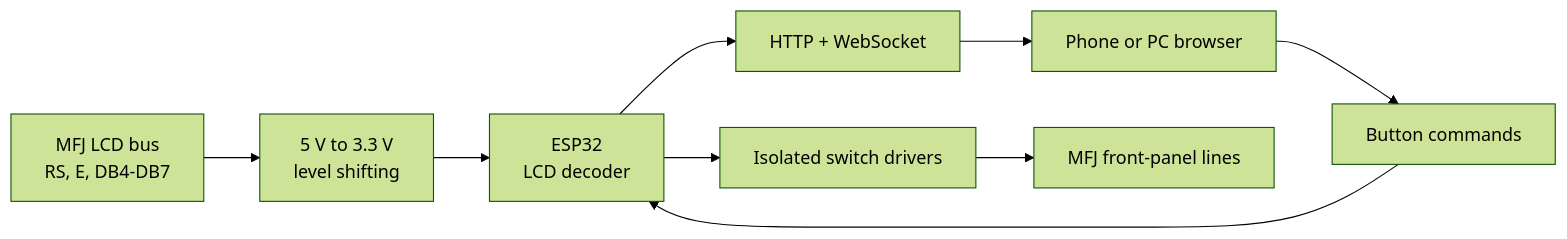
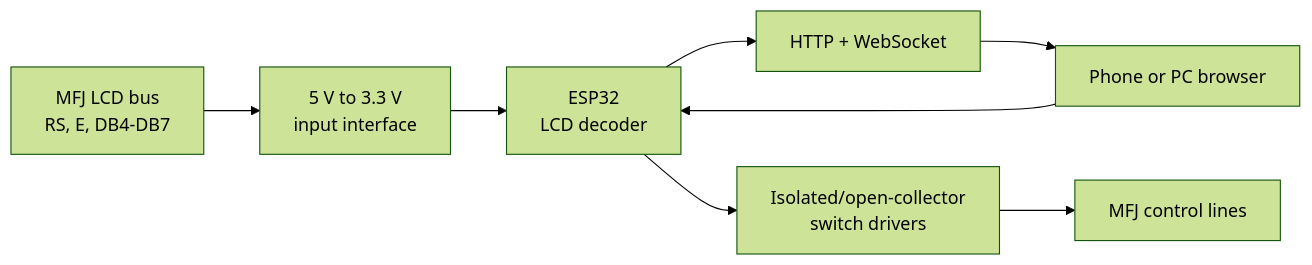
One commit to Balaganoff/MFJ-993B-Remote-Control changed the diagram in README.md. Above: the diagram before and after it, drawn with Mermaid (forest theme). The commit also changed other lines of this file and 7 other files, not shown here.

````diff
--- a/README.md
+++ b/README.md
@@ -22,7 +26,7 @@
 ```mermaid
 flowchart LR
-    LCD["MFJ LCD bus<br>RS, E, DB4-DB7"] --> SHIFT["5 V to 3.3 V<br>level shifting"] --> ESP["ESP32<br>LCD decoder"]
-    ESP --> WS["HTTP + WebSocket"] --> UI["Phone or PC browser"]
-    UI --> BTN["Button commands"] --> ESP
-    ESP --> SW["Isolated switch drivers"] --> PANEL["MFJ front-panel lines"]
+    LCD["MFJ LCD bus<br>RS, E, DB4-DB7"] --> LEVEL["5 V to 3.3 V<br>input interface"] --> ESP["ESP32<br>LCD decoder"]
+    ESP --> WEB["HTTP + WebSocket"] --> UI["Phone or PC browser"]
+    UI --> ESP
+    ESP --> DRIVER["Isolated/open-collector<br>switch drivers"] --> PANEL["MFJ control lines"]
 ```
````
